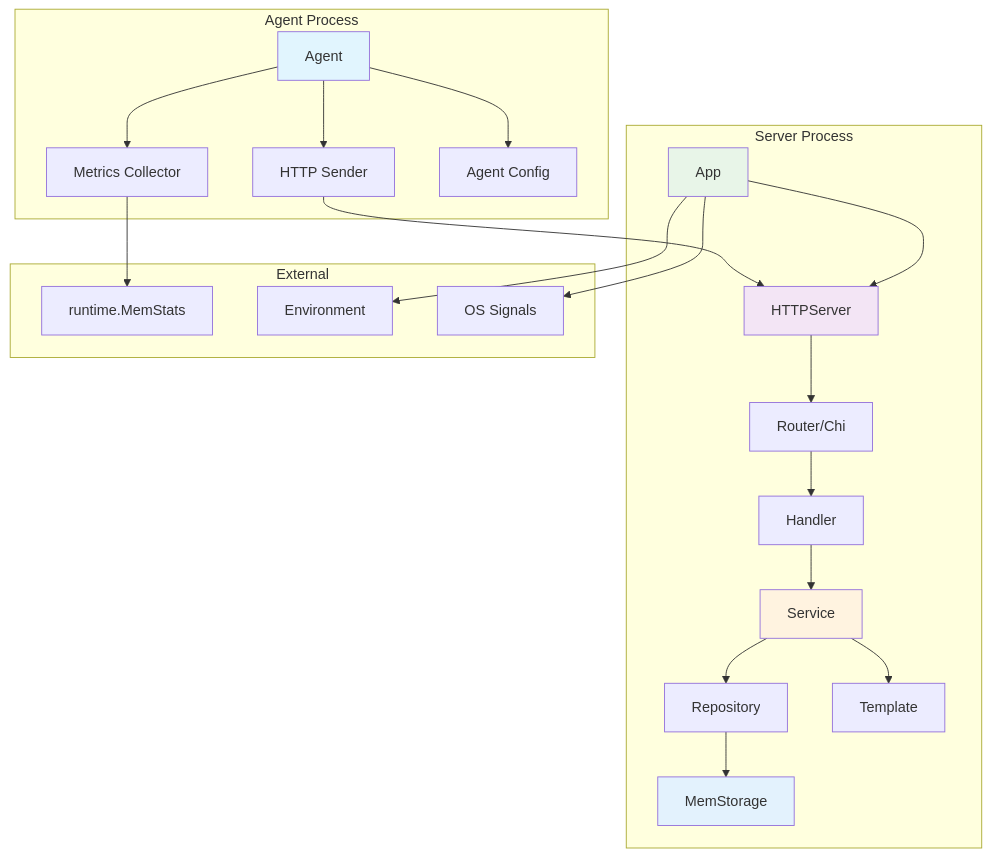
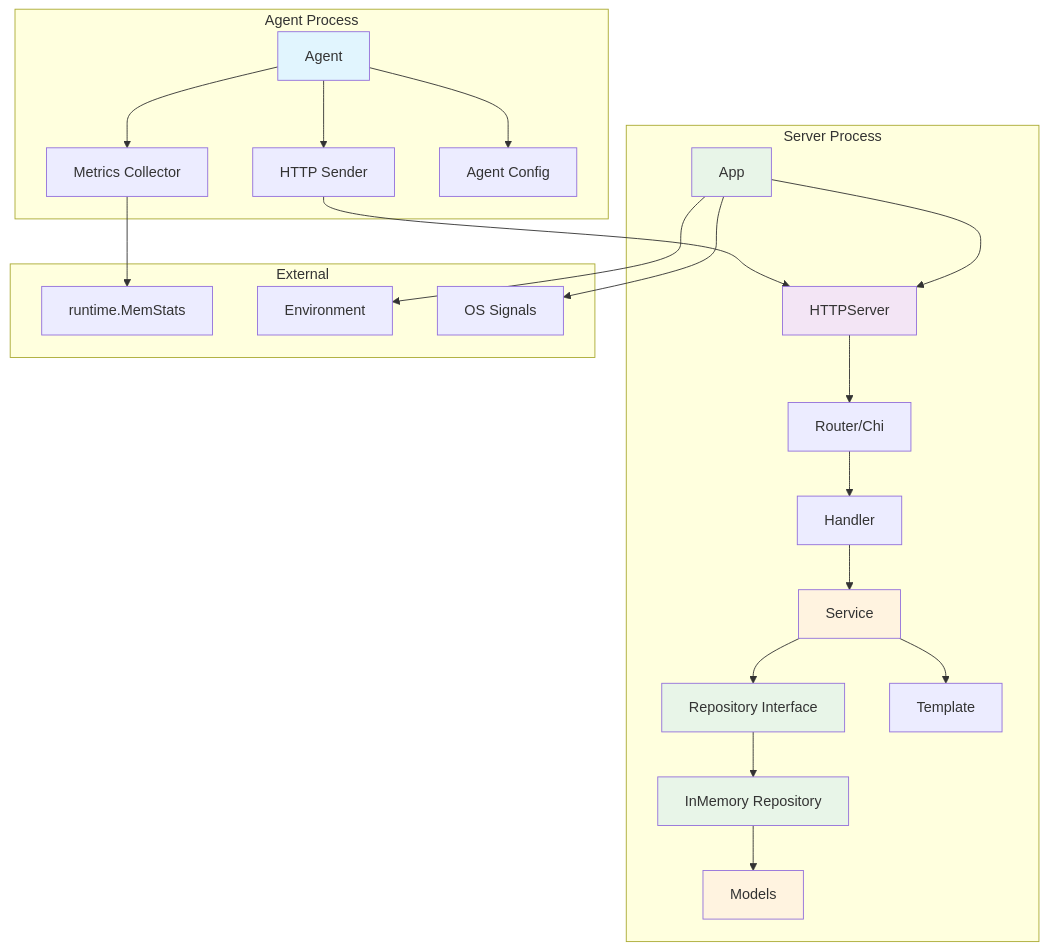
The fourth of 4 diagrams in README.md (IgorKilipenko/metrical), drawn with Mermaid before and after one commit. The commit also changed other lines of this file and 16 other files, not shown here.

````diff
--- a/README.md
+++ b/README.md
@@ -109,48 +115,52 @@
 ```mermaid
 graph TB
     subgraph "Agent Process"
         AGENT[Agent]
         COLLECTOR[Metrics Collector]
         SENDER[HTTP Sender]
         AGENT_CONFIG[Agent Config]
     end
     
     subgraph "Server Process"
         APP[App]
         SERVER[HTTPServer]
         ROUTER[Router/Chi]
         HANDLER[Handler]
         SERVICE[Service]
-        REPO[Repository]
-        STORAGE[MemStorage]
+        REPO[Repository Interface]
+        IMR[InMemory Repository]
+        MODELS[Models]
         TEMPLATE[Template]
     end
     
     subgraph "External"
         RUNTIME[runtime.MemStats]
         ENV[Environment]
         SIGNALS[OS Signals]
     end
     
     AGENT --> COLLECTOR
     AGENT --> SENDER
     AGENT --> AGENT_CONFIG
     COLLECTOR --> RUNTIME
     SENDER --> SERVER
     
     APP --> SERVER
     APP --> ENV
     APP --> SIGNALS
     SERVER --> ROUTER
     ROUTER --> HANDLER
     HANDLER --> SERVICE
     SERVICE --> REPO
-    REPO --> STORAGE
+    REPO --> IMR
+    IMR --> MODELS
     SERVICE --> TEMPLATE
     
     style AGENT fill:#e1f5fe
     style SERVER fill:#f3e5f5
     style APP fill:#e8f5e8
     style SERVICE fill:#fff3e0
-    style STORAGE fill:#e3f2fd
+    style REPO fill:#e8f5e8
+    style IMR fill:#e8f5e8
+    style MODELS fill:#fff3e0
 ```
````
